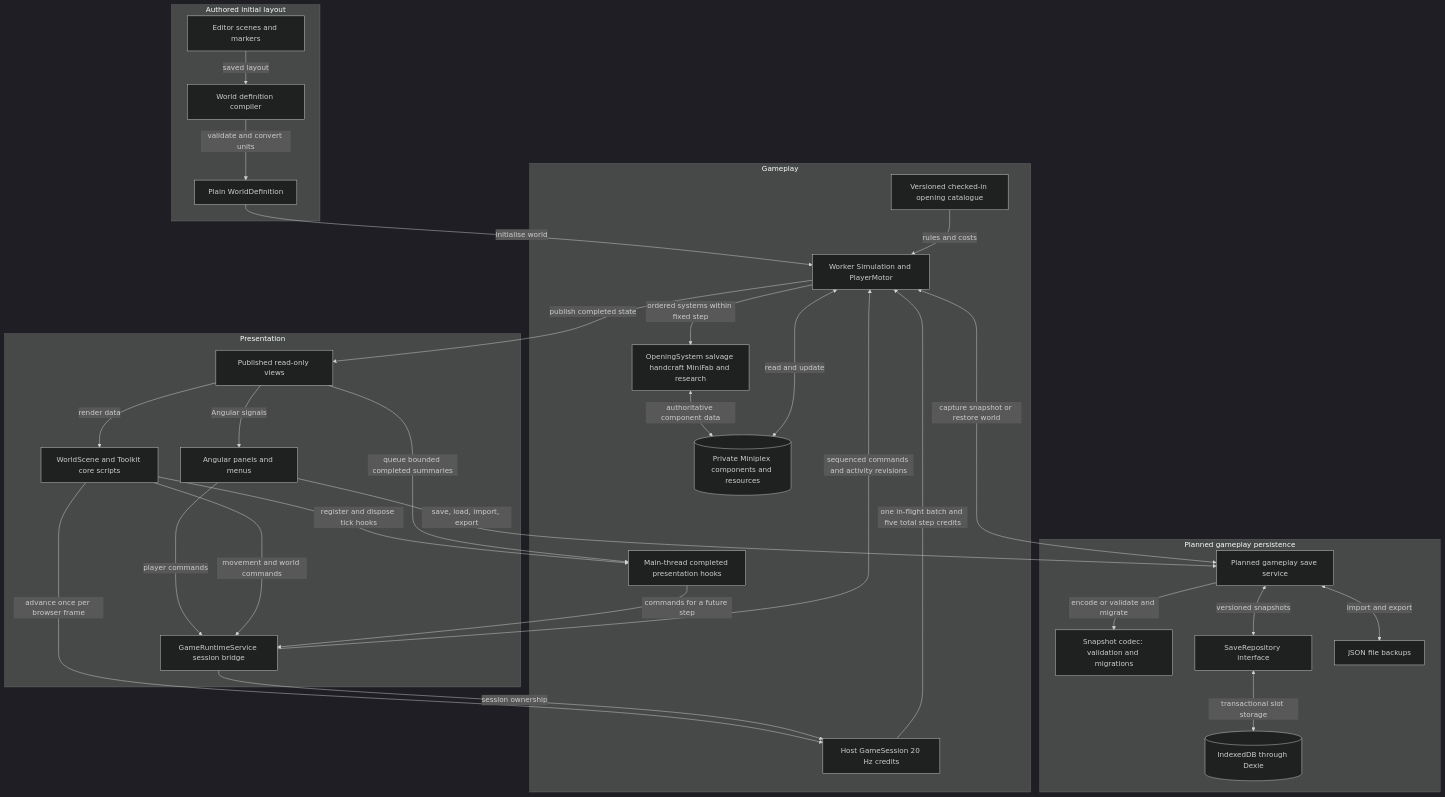
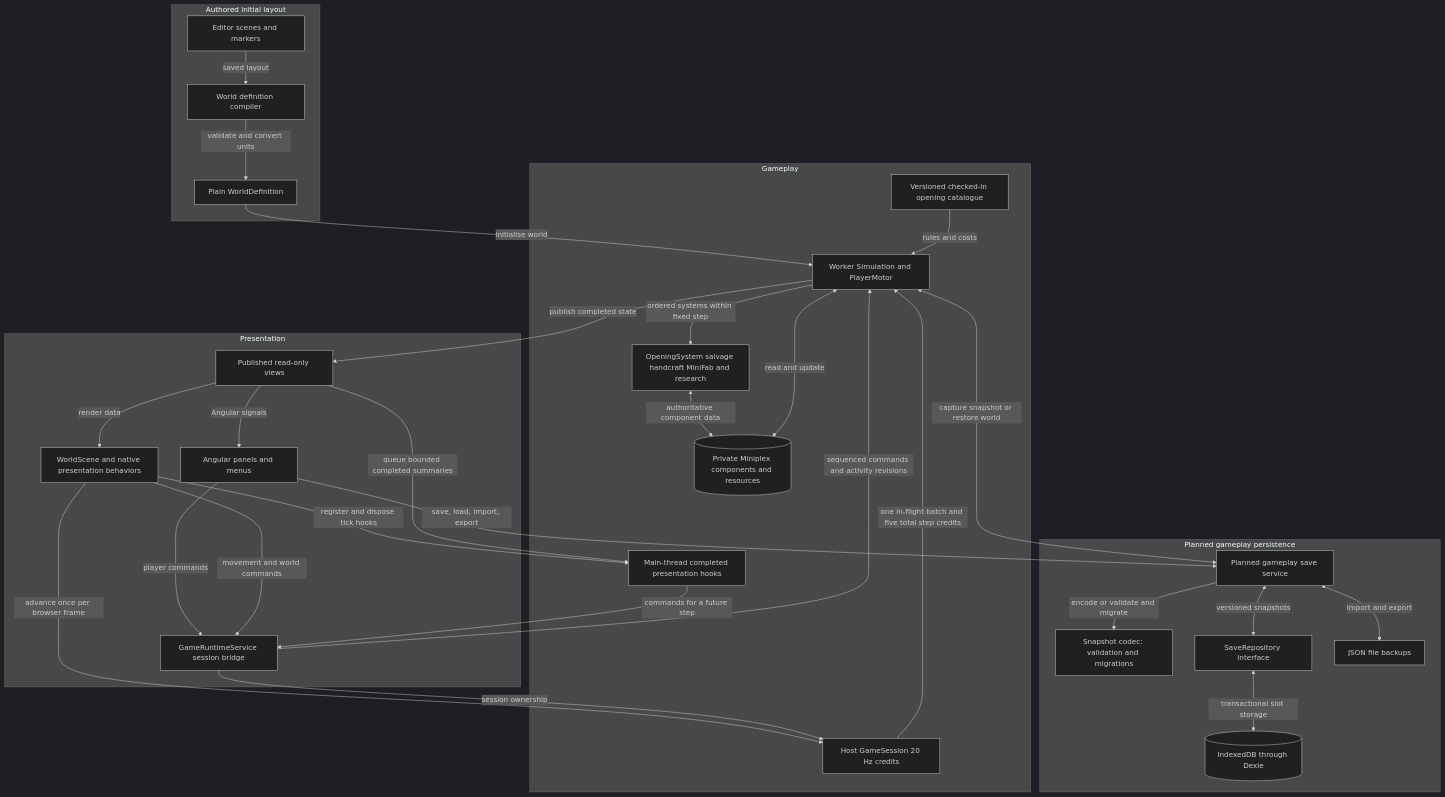
The diagram in docs/diagrams/src/system-interactions.mmd (Googlproxer/Scrapworks), drawn with Mermaid (dark theme) before and after one commit. The commit also changed 167 other files, not shown here.

First line of the commit message:
Modernize runtime architecture and simulation APIs

```diff
--- a/docs/diagrams/src/system-interactions.mmd
+++ b/docs/diagrams/src/system-interactions.mmd
@@ -1,56 +1,56 @@
 flowchart TB
     subgraph Authoring[Authored initial layout]
         Editor[Editor scenes and markers]
         Compiler[World definition compiler]
         Definition[Plain WorldDefinition]
     end
 
     subgraph Presentation[Presentation]
         UI[Angular panels and menus]
-        Scene[WorldScene and Toolkit core scripts]
+        Scene[WorldScene and native presentation behaviors]
         Facade[GameRuntimeService session bridge]
         Views[Published read-only views]
     end
 
     subgraph Gameplay[Gameplay]
         Loop[Host GameSession 20 Hz credits]
         Hooks[Main-thread completed presentation hooks]
         Sim[Worker Simulation and PlayerMotor]
         State[(Private Miniplex components and resources)]
         Content[Versioned checked-in opening catalogue]
         ECS[OpeningSystem salvage handcraft MiniFab and research]
     end
 
     subgraph Persistence[Planned gameplay persistence]
         Saves[Planned gameplay save service]
         Codec[Snapshot codec: validation and migrations]
         Repository[SaveRepository interface]
         Local[(IndexedDB through Dexie)]
         Files[JSON file backups]
     end
 
     Editor -->|saved layout| Compiler
     Compiler -->|validate and convert units| Definition
     Definition -->|initialise world| Sim
     UI -->|player commands| Facade
     Scene -->|movement and world commands| Facade
     Facade -->|sequenced commands and activity revisions| Sim
     Scene -->|advance once per browser frame| Loop
     Facade -->|session ownership| Loop
     Scene -->|register and dispose tick hooks| Hooks
     Views -->|queue bounded completed summaries| Hooks
     Hooks -->|commands for a future step| Facade
     Loop -->|one in-flight batch and five total step credits| Sim
     Sim -->|ordered systems within fixed step| ECS
     ECS <-->|authoritative component data| State
     Content -->|rules and costs| Sim
     Sim <-->|read and update| State
     Sim -->|publish completed state| Views
     Views -->|Angular signals| UI
     Views -->|render data| Scene
     UI -->|save, load, import, export| Saves
     Saves <-->|capture snapshot or restore world| Sim
     Saves -->|encode or validate and migrate| Codec
     Saves <-->|versioned snapshots| Repository
     Repository <-->|transactional slot storage| Local
     Saves <-->|import and export| Files
```
